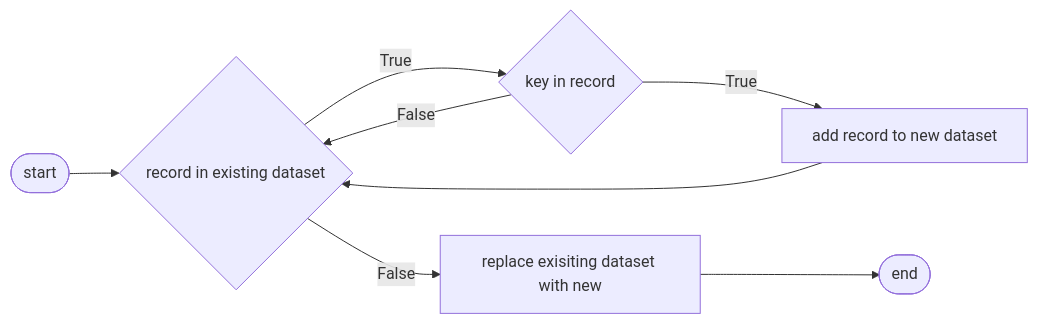
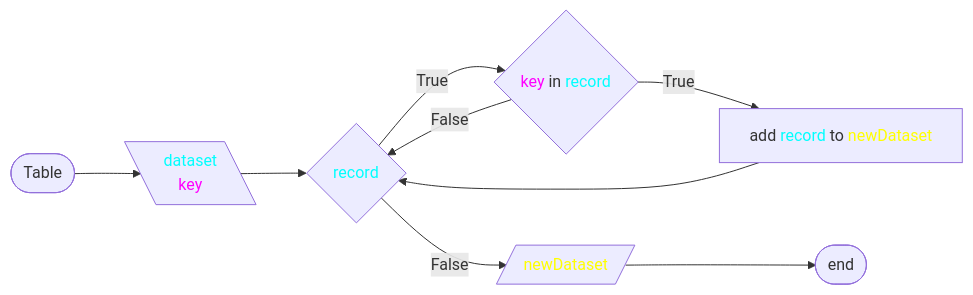
Before and after one commit to 7s4e/p3: diagram 13 of 16 in scripts/table/design.md, drawn with Mermaid. The commit also changed other lines of this file, not shown here.

````diff
--- a/scripts/table/design.md
+++ b/scripts/table/design.md
@@ -377,16 +377,21 @@
 ```mermaid
 flowchart LR
-    STR([start])
-        STR --> RCD
-    RCD{record in existing dataset}
-        RCD -- True --> KEY
+    STR([Table])
+        STR --> INP
+    INP[\"<span style='color:cyan;'>dataset</span>
+          <span style='color:magenta;'>key</span>"\]
+        INP --> RCD
+    RCD{"<span style='color:cyan;'>record</span>"}
+        RCD -- True  --> KEY
+        KEY -- False --> RCD
+        ADD          --> RCD
         RCD -- False --> SET
-    KEY{key in record}
+    KEY{"<span style='color:magenta;'>key</span> in <span style=
+             'color:cyan;'>record</span>"}
         KEY -- True --> ADD
-        KEY -- False --> RCD
-    ADD[add record to new dataset]
-        ADD --> RCD
-    SET[replace exisiting dataset with new]
+    ADD["add <span style='color:cyan;'>record</span> to <span style=
+             'color:yellow;'>newDataset</span>"]
+    SET[/"<span style='color:yellow;'>newDataset</span>"/]
         SET --> END
     END([end])
 ```
````
